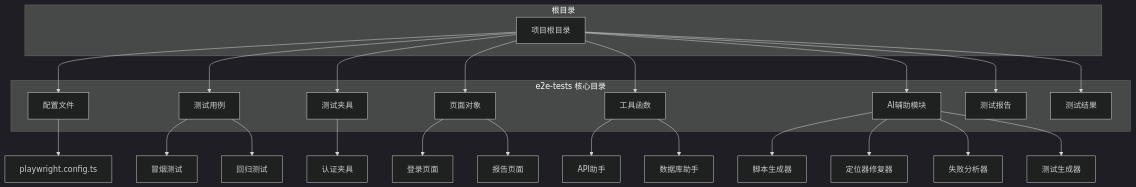
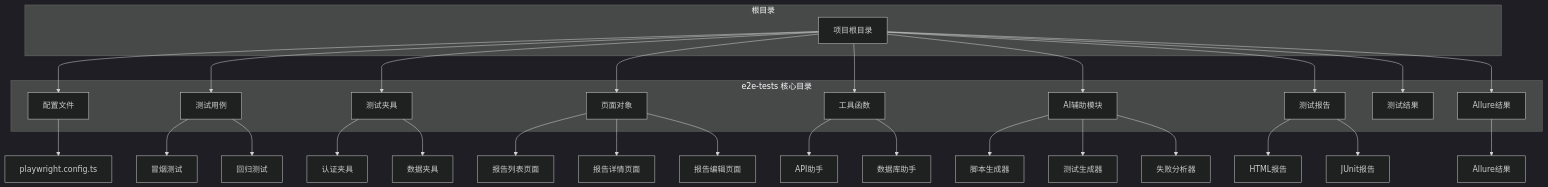
One commit to zzgoviziwind/--playwright changed the first of 16 diagrams in .qoder/repowiki/zh/content/测试框架配置/Playwright配置详解.md. Above: the diagram before and after it, drawn with Mermaid (dark theme). The commit also changed other lines of this file and 112 other files, not shown here.

````diff
--- a/.qoder/repowiki/zh/content/测试框架配置/Playwright配置详解.md
+++ b/.qoder/repowiki/zh/content/测试框架配置/Playwright配置详解.md
@@ -39,36 +51,42 @@
 ```mermaid
 graph TB
 subgraph "根目录"
 Root[项目根目录]
 end
 subgraph "e2e-tests 核心目录"
 Config[配置文件]
 Tests[测试用例]
 Fixtures[测试夹具]
 Pages[页面对象]
 Utils[工具函数]
 AI[AI辅助模块]
 Reports[测试报告]
 Results[测试结果]
+Allure[Allure结果]
 end
 Root --> Config
 Root --> Tests
 Root --> Fixtures
 Root --> Pages
 Root --> Utils
 Root --> AI
 Root --> Reports
 Root --> Results
+Root --> Allure
 Config --> ConfigFile[playwright.config.ts]
 Tests --> Smoke[冒烟测试]
 Tests --> Regression[回归测试]
 Fixtures --> Auth[认证夹具]
-Pages --> Login[登录页面]
-Pages --> Report[报告页面]
+Fixtures --> Data[数据夹具]
+Pages --> ReportList[报告列表页面]
+Pages --> ReportDetail[报告详情页面]
+Pages --> ReportEdit[报告编辑页面]
 Utils --> ApiHelper[API助手]
 Utils --> DbHelper[数据库助手]
 AI --> ScriptGen[脚本生成器]
-AI --> LocatorHealer[定位器修复器]
+AI --> TestGen[测试生成器]
 AI --> FailureAnalyzer[失败分析器]
-AI --> TestGenerator[测试生成器]
+Reports --> HtmlReport[HTML报告]
+Reports --> JUnitReport[JUnit报告]
+Allure --> AllureResults[Allure结果]
 ```
````
